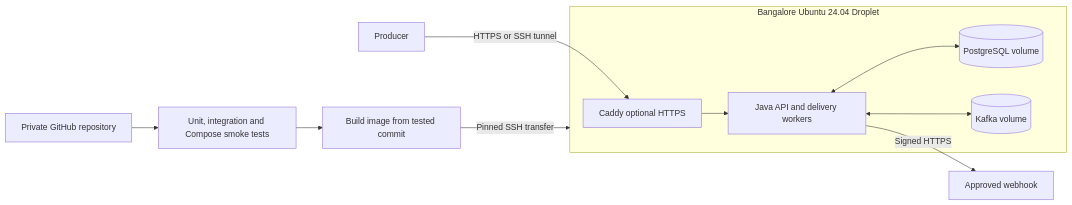
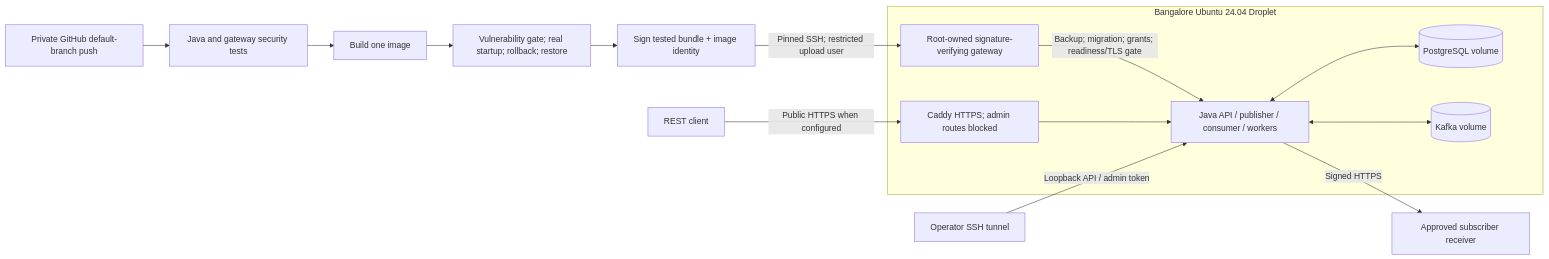
One commit to Sahil2237/notification-fanout changed the third of 3 diagrams in docs/architecture.md. Above: the diagram before and after it, drawn with Mermaid. The commit also changed other lines of this file and 43 other files, not shown here.

Commit message:
Harden runtime destination policy and signed tested-image deployment

````diff
--- a/docs/architecture.md
+++ b/docs/architecture.md
@@ -29,13 +56,18 @@
 ```mermaid
 flowchart LR
-  G[Private GitHub repository] --> T[Unit, integration and Compose smoke tests]
-  T --> B[Build image from tested commit]
-  B -->|Pinned SSH transfer| D
-  subgraph D[Bangalore Ubuntu 24.04 Droplet]
-    C[Caddy optional HTTPS] --> A[Java API and delivery workers]
-    A <--> P[(PostgreSQL volume)]
-    A <--> K[(Kafka volume)]
-  end
-  U[Producer] -->|HTTPS or SSH tunnel| C
-  A -->|Signed HTTPS| H[Approved webhook]
+ G[Private GitHub default-branch push] --> T[Java and gateway security tests]
+ T --> B[Build one image]
+ B --> V[Vulnerability gate; real startup; rollback; restore]
+ V --> S[Sign tested bundle + image identity]
+ S -->|Pinned SSH; restricted upload user| R[Root-owned signature-verifying gateway]
+ R -->|Backup; migration; grants; readiness/TLS gate| A
+ subgraph Host[Bangalore Ubuntu 24.04 Droplet]
+  R
+  X[Caddy HTTPS; admin routes blocked] --> A[Java API / publisher / consumer / workers]
+  A <--> D[(PostgreSQL volume)]
+  A <--> K[(Kafka volume)]
+ end
+ U[REST client] -->|Public HTTPS when configured| X
+ M[Operator SSH tunnel] -->|Loopback API / admin token| A
+ A -->|Signed HTTPS| H[Approved subscriber receiver]
 ```
````
